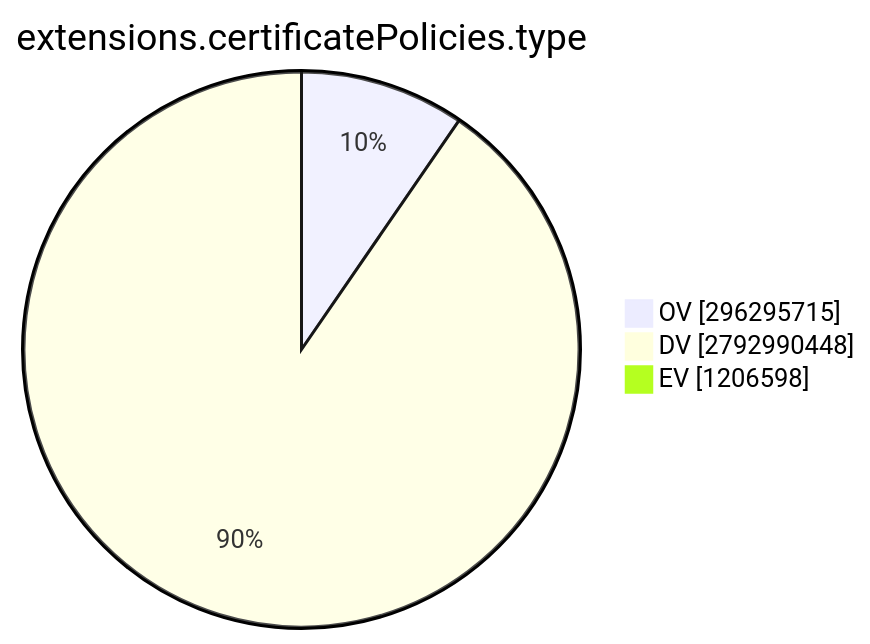
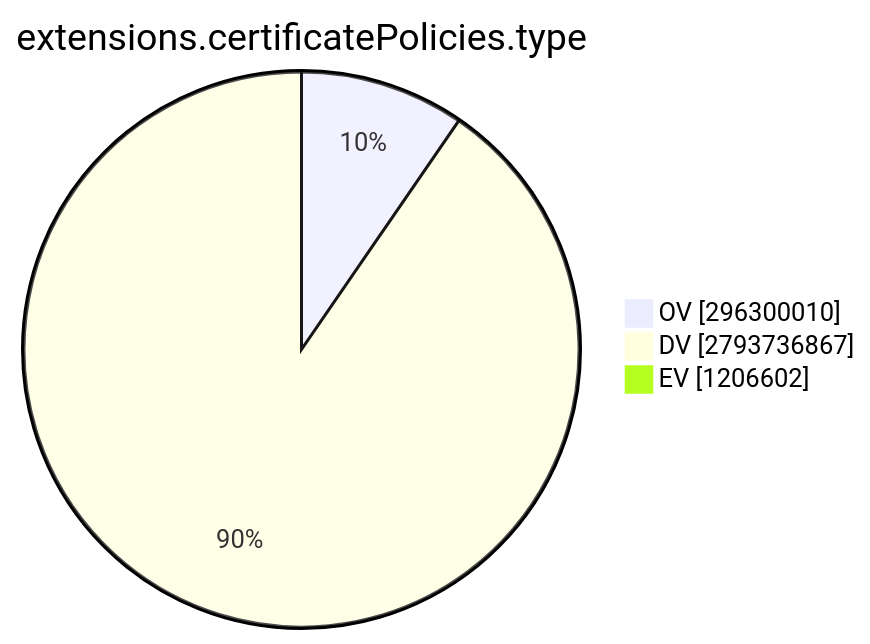
One commit to christiankrug/ctmonitor_visualization changed the ninth of 15 diagrams in TOTAL/README.md. Above: the diagram before and after it, drawn with Mermaid. The commit also changed other lines of this file, not shown here.

````diff
--- a/TOTAL/README.md
+++ b/TOTAL/README.md
@@ -3099,7 +3099,7 @@
 ```mermaid
 pie showData
 title extensions.certificatePolicies.type
-"OV" :296295715
-"DV" :2792990448
-"EV" :1206598
+"OV" :296300010
+"DV" :2793736867
+"EV" :1206602
 ```
````
